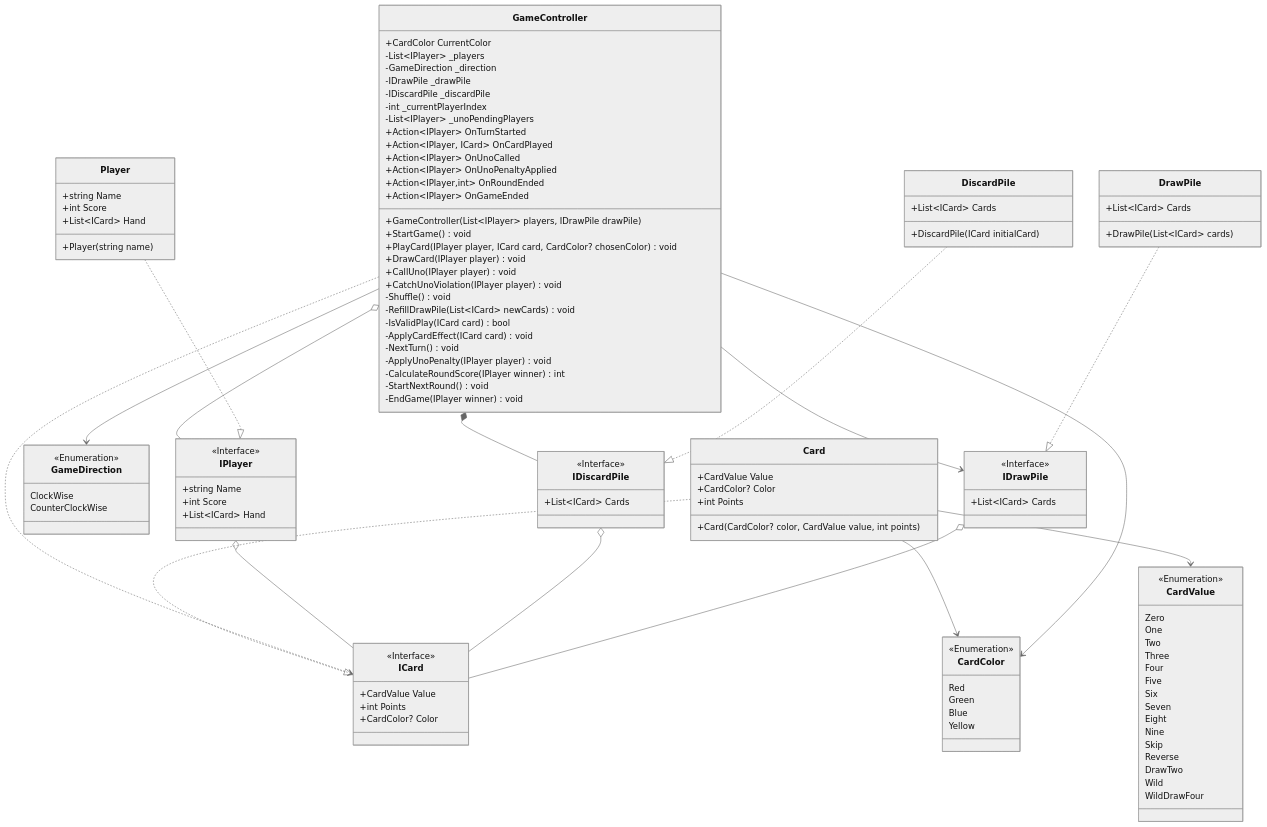
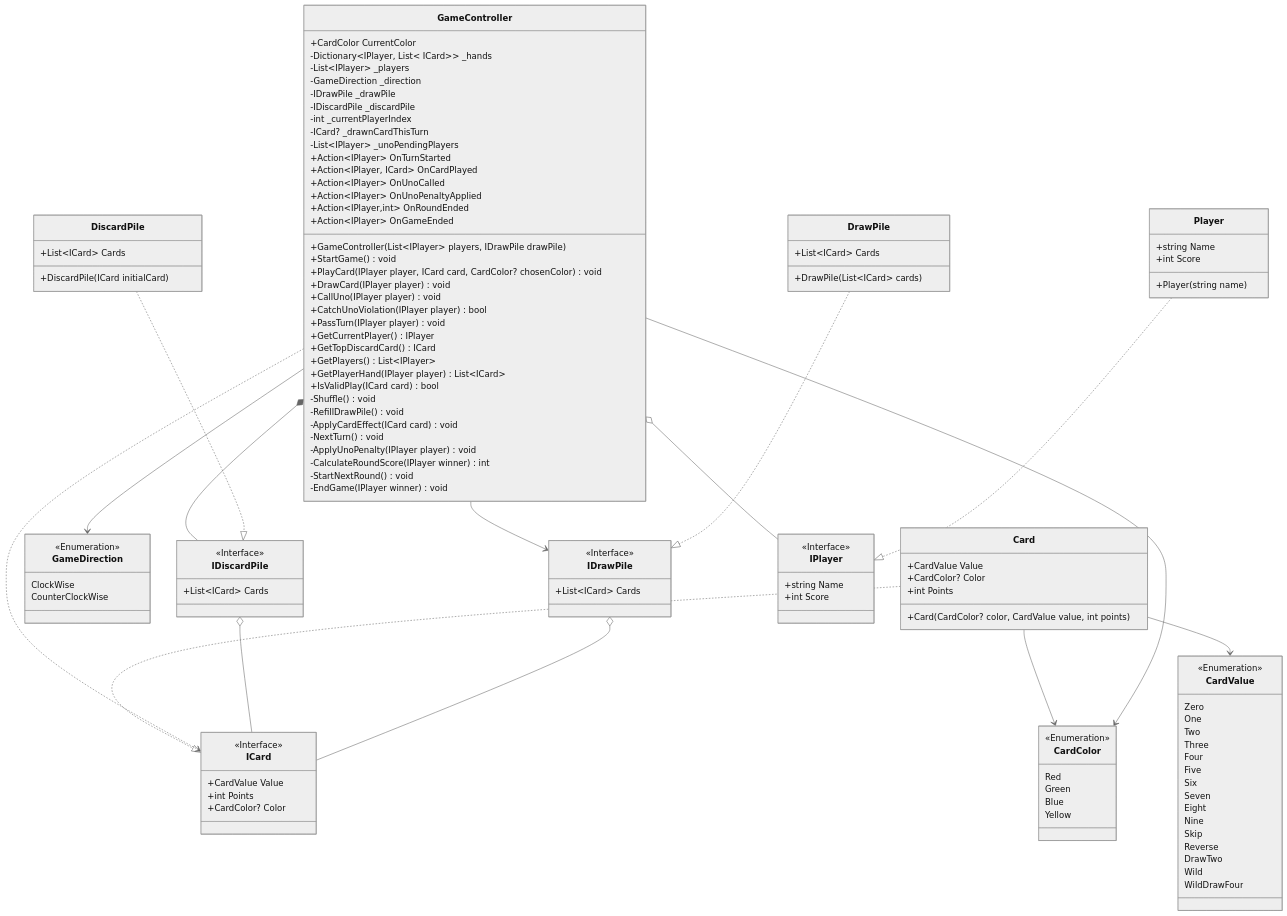
The diagram in IndividualProject/ClassDiagram/uno.md (putramkti/batch-19), drawn with Mermaid (neutral theme) before and after one commit.

Commit message:
Refactor GameController and Player classes to improve hand management and game flow

```diff
--- a/IndividualProject/ClassDiagram/uno.md
+++ b/IndividualProject/ClassDiagram/uno.md
@@ -81,7 +81,7 @@
         +string Name
         +int Score
         %% +IReadOnlyList~ICard~ Hand
-        +List~ICard~ Hand
+        %% +List~ICard~ Hand
         %% +AddToHand(ICard card) void
         %% +RemoveFromHand(ICard card) void
     }
@@ -90,7 +90,7 @@
         +string Name
         +int Score
         %% +IReadOnlyList~ICard~ Hand
-        +List~ICard~ Hand
+        %% +List~ICard~ Hand
         +Player(string name)
         %% +AddToHand(ICard card) void
         %% +RemoveFromHand(ICard card) void
@@ -98,12 +98,13 @@
     
     class GameController{
         +CardColor CurrentColor
+        -Dictionary~IPlayer, List< ICard>~ _hands
         -List~IPlayer~ _players
-        %% -Dictionary~IPlayer, List < ICard >~ _hands
         -GameDirection _direction
         -IDrawPile _drawPile
         -IDiscardPile _discardPile
         -int _currentPlayerIndex
+        -ICard? _drawnCardThisTurn
         -List~IPlayer~ _unoPendingPlayers
         +Action~IPlayer~ OnTurnStarted
         +Action~IPlayer, ICard~ OnCardPlayed
@@ -114,14 +115,21 @@
 
         +GameController(List~IPlayer~ players, IDrawPile drawPile)
         +StartGame() void
+
         +PlayCard(IPlayer player, ICard card, CardColor? chosenColor) void
         +DrawCard(IPlayer player) void
         +CallUno(IPlayer player) void
-        +CatchUnoViolation(IPlayer player) void
+        +CatchUnoViolation(IPlayer player) bool
+        +PassTurn(IPlayer player) void
+
+        +GetCurrentPlayer() IPlayer
+        +GetTopDiscardCard() ICard
+        +GetPlayers() List~IPlayer~
+        +GetPlayerHand(IPlayer player) List~ICard~
+        +IsValidPlay(ICard card) bool
 
         -Shuffle() void
-        -RefillDrawPile(List~ICard~ newCards) void
-        -IsValidPlay(ICard card) bool
+        -RefillDrawPile() void
         -ApplyCardEffect(ICard card) void
         -NextTurn() void
         -ApplyUnoPenalty(IPlayer player) void
@@ -153,7 +161,7 @@
     GameController ..> ICard
 
     Player ..|> IPlayer
-    IPlayer o-- ICard
+    %% IPlayer o-- ICard
     %% IDrawPile *-- ICard
     %% IDrawPile -- IDiscard
     %% IDiscardPile *-- ICard
```
